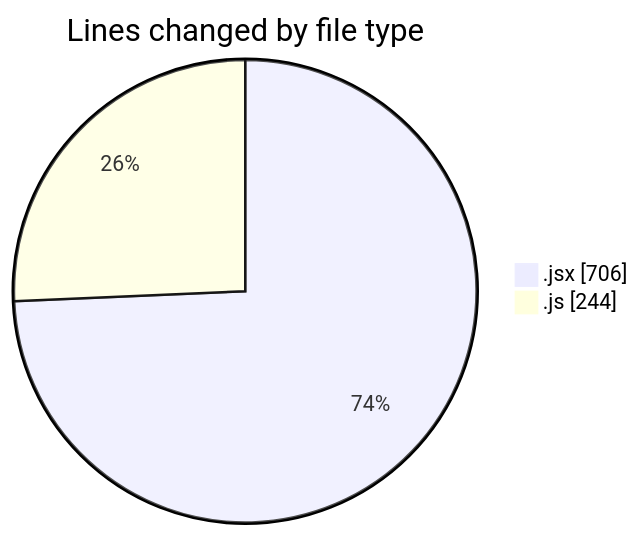
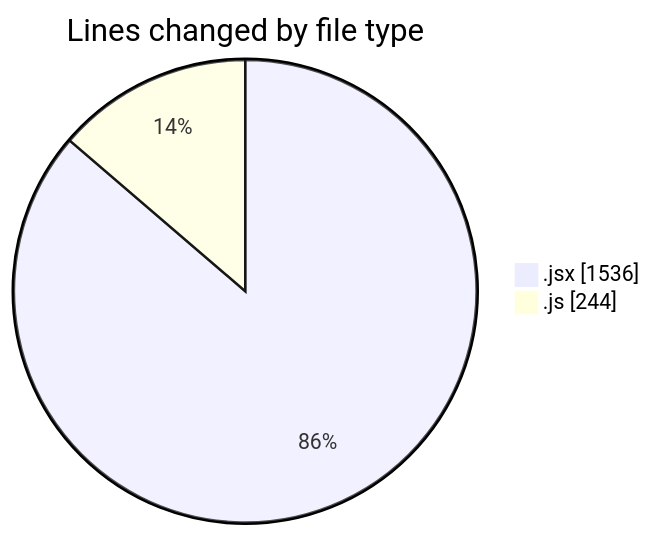
One commit to nxtqubesakshisongat/code-tracking changed the first of 2 diagrams in 2025-07-30/nxtqube_webapp/README.md. Above: the diagram before and after it, drawn with Mermaid. The commit also changed other lines of this file and 1 other file, not shown here.

````diff
--- a/2025-07-30/nxtqube_webapp/README.md
+++ b/2025-07-30/nxtqube_webapp/README.md
@@ -22,6 +22,6 @@
 ```mermaid
 pie showData
 title Lines changed by file type
-".jsx" : 706
+".jsx" : 1536
 ".js" : 244
 ```
````
